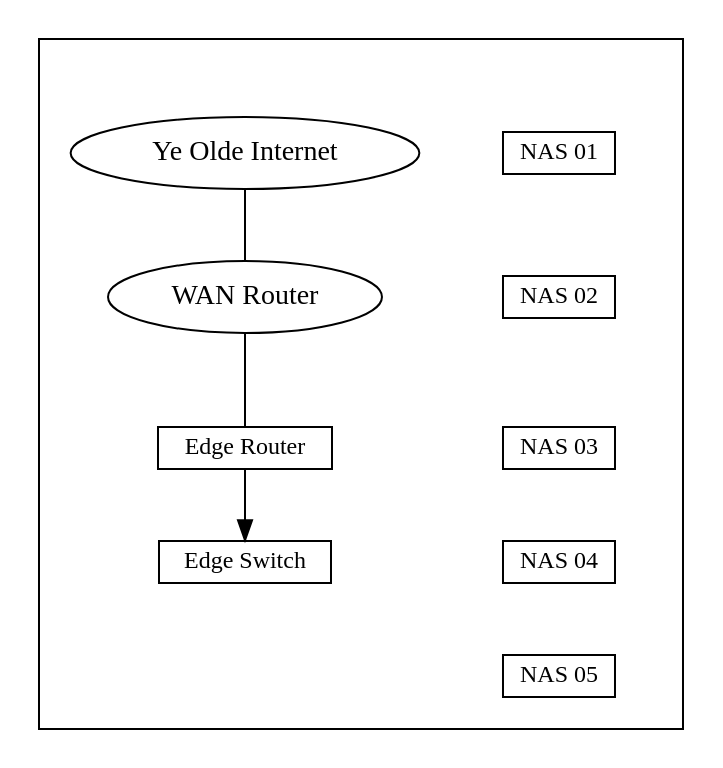
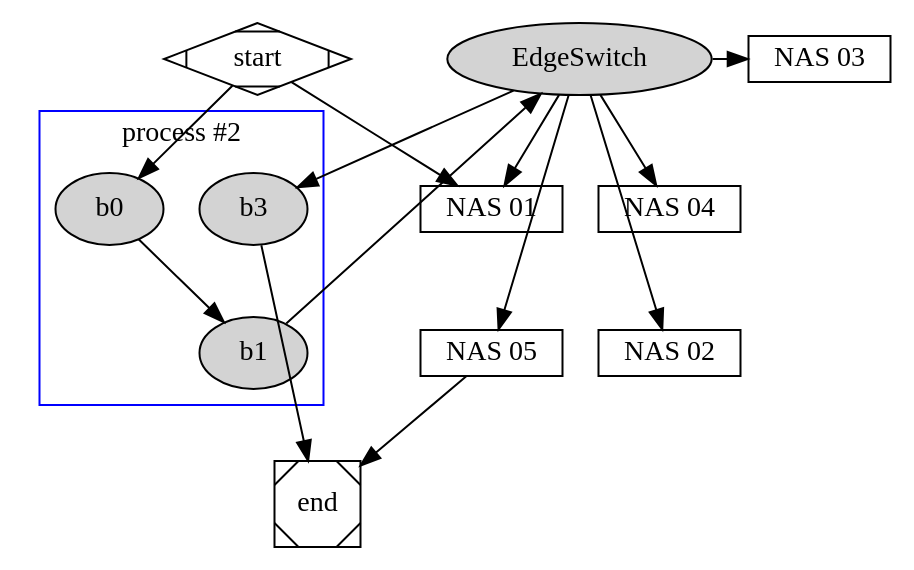
Before and after one commit to KirAsh4/graphviz: the diagram in mylayout-01.dot, drawn with Graphviz. The commit also changed 1 other file, not shown here.

```diff
--- a/mylayout-01.dot
+++ b/mylayout-01.dot
@@ -1,73 +1,34 @@
-digraph network_layout {
+digraph G {
+
 	graph [
-		rankdir = "TB";
-	];
+		splines = "false";
+	]
 
-subgraph cluster_main {
-	subgraph cluster_nas {
+	subgraph cluster_0 {
 		style = "invis";
-		label = "NAS Devices";
-		node [
-			shape = "rect";
-			fontname = "Myriad Pro";
-			fontsize = 12;
-			height = 0.25;
-		]
-		MyBook1 [
-			label = "NAS 01";
-		]
-		MyBook2 [
-			label = "NAS 02";
-		]
-		MyBook3 [
-			label = "NAS 03";
-		]
-		MyBook4 [
-			label = "NAS 04";
-		]
-		MyCloud1 [
-			label = "NAS 05";
-		]
-
-		MyBook1 -> MyBook2 -> MyBook3 -> MyBook4 -> MyCloud1 [style="invis"];
+		node [shape = "box" height = "0.25"];
+		"NAS 01" -> "NAS 02" -> "NAS 03" -> "NAS 04" -> "NAS 05" [style = "invis"];
+		label = "process #1";
 	}
 
-	subgraph cluster_external {
-		style = "invis";
-		label = "External Connection";
-		Internet [
-			shape = "ellipse";
-			label = "Ye Olde Internet"
-		]
-		WAN [
-			shape = "ellipse";
-			label = "WAN Router";
-		]
+	subgraph cluster_1 {
+		node [style=filled];
+		b0 -> b1 -> EdgeSwitch -> b3;
+		label = "process #2";
+		color=blue
+	}
+	start -> "NAS 01";
+	start -> b0;
+	EdgeSwitch -> "NAS 01";
+	EdgeSwitch -> "NAS 02";
+	EdgeSwitch -> "NAS 03";
+	EdgeSwitch -> "NAS 04";
+	EdgeSwitch -> "NAS 05";
+	"NAS 05" -> end;
+	b3 -> end;
 
-		Internet -> WAN [dir=none];
-	}
+	{rank=same EdgeSwitch "NAS 03"}
 
-	subgraph cluster_internal {
-		style = "invis";
-		label = "Internal";
-		node [
-			shape = "rect";
-			fontname = "Myriad Pro";
-			fontsize = 12;
-			height = 0.25;
-		]
-		EdgeRouter [
-			label = "Edge Router";
-		]
-		EdgeSwitch [
-			label = "Edge Switch";
-		]
-
-		EdgeRouter -> EdgeSwitch;
-	}
-
-	WAN -> EdgeRouter [dir=none];
+	start [shape=Mdiamond];
+	end [shape=Msquare];
 }
-
-/*EdgeSwitch:w -> {MyBook1 MyBook2 MyBook3 MyBook4 MyCloud1}*/
-}
```
